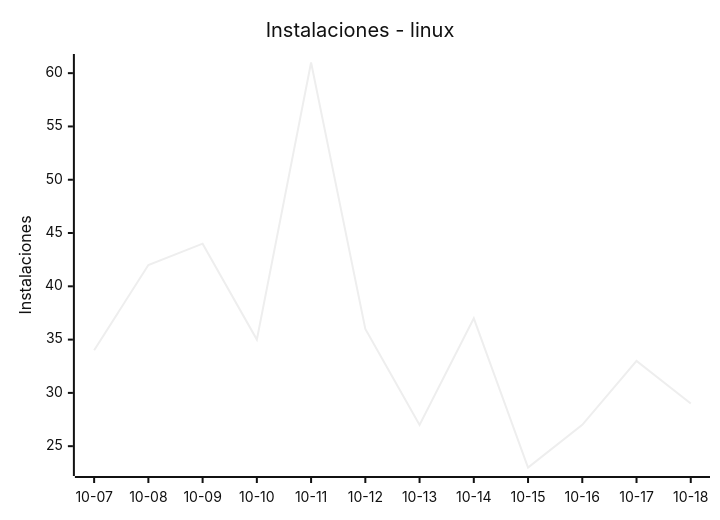
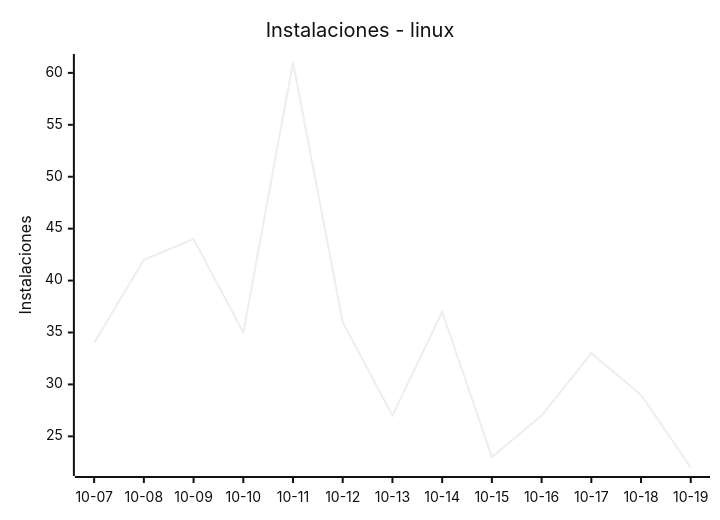
Before and after one commit to EmuDeck/stats: the fourth of 8 diagrams in README.md, drawn with Mermaid (neutral theme). The commit also changed other lines of this file and 2 other files, not shown here.

````diff
--- a/README.md
+++ b/README.md
@@ -52,7 +52,7 @@
 ```mermaid
 xychart-beta
     title "Instalaciones - linux"
-    x-axis ["10-07", "10-08", "10-09", "10-10", "10-11", "10-12", "10-13", "10-14", "10-15", "10-16", "10-17", "10-18"]
+    x-axis ["10-07", "10-08", "10-09", "10-10", "10-11", "10-12", "10-13", "10-14", "10-15", "10-16", "10-17", "10-18", "10-19"]
     y-axis "Instalaciones"
-    line [34, 42, 44, 35, 61, 36, 27, 37, 23, 27, 33, 29]
+    line [34, 42, 44, 35, 61, 36, 27, 37, 23, 27, 33, 29, 22]
 ```
````
